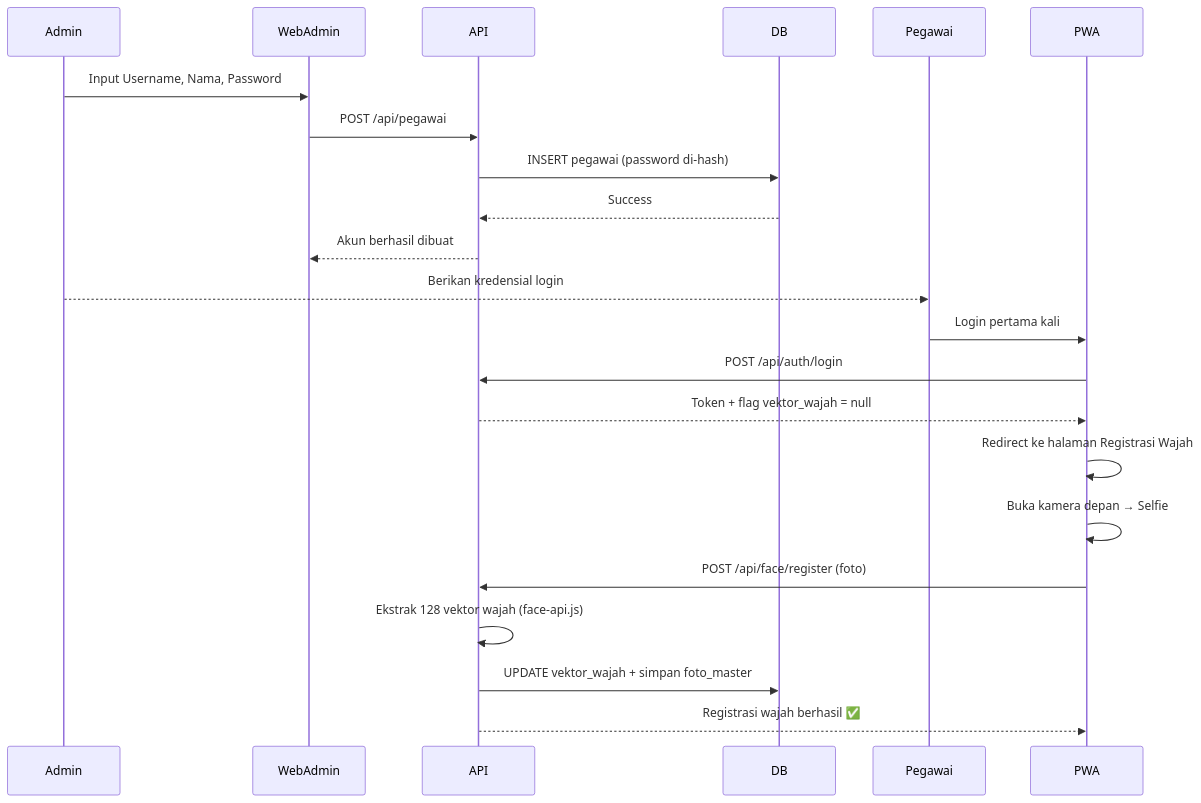
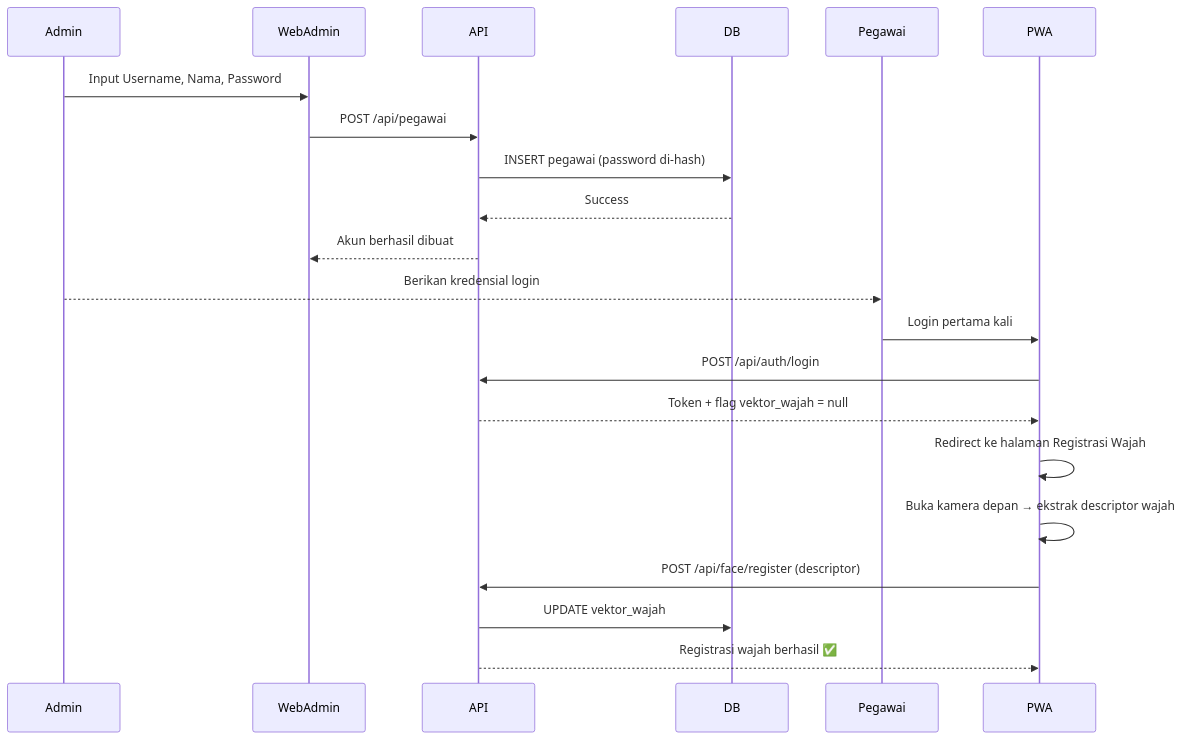
The first of 3 diagrams in prd.md (naufaldzihninn/absensiklinik), drawn with Mermaid before and after one commit. The commit also changed other lines of this file and 68 other files, not shown here.

````diff
--- a/prd.md
+++ b/prd.md
@@ -138,26 +137,25 @@
 ```mermaid
 sequenceDiagram
     participant Admin
     participant WebAdmin
     participant API
     participant DB
     participant Pegawai
     participant PWA
 
     Admin->>WebAdmin: Input Username, Nama, Password
     WebAdmin->>API: POST /api/pegawai
     API->>DB: INSERT pegawai (password di-hash)
     DB-->>API: Success
     API-->>WebAdmin: Akun berhasil dibuat
     Admin-->>Pegawai: Berikan kredensial login
 
     Pegawai->>PWA: Login pertama kali
     PWA->>API: POST /api/auth/login
     API-->>PWA: Token + flag vektor_wajah = null
     PWA->>PWA: Redirect ke halaman Registrasi Wajah
-    PWA->>PWA: Buka kamera depan → Selfie
-    PWA->>API: POST /api/face/register (foto)
-    API->>API: Ekstrak 128 vektor wajah (face-api.js)
-    API->>DB: UPDATE vektor_wajah + simpan foto_master
+    PWA->>PWA: Buka kamera depan → ekstrak descriptor wajah
+    PWA->>API: POST /api/face/register (descriptor)
+    API->>DB: UPDATE vektor_wajah
     API-->>PWA: Registrasi wajah berhasil ✅
 ```
````
